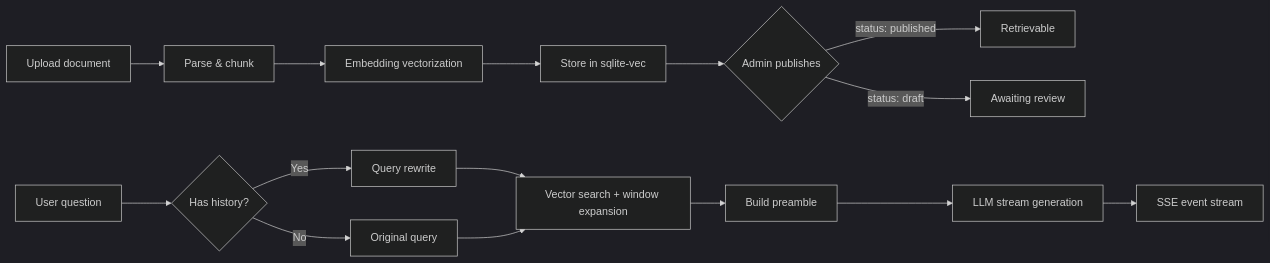
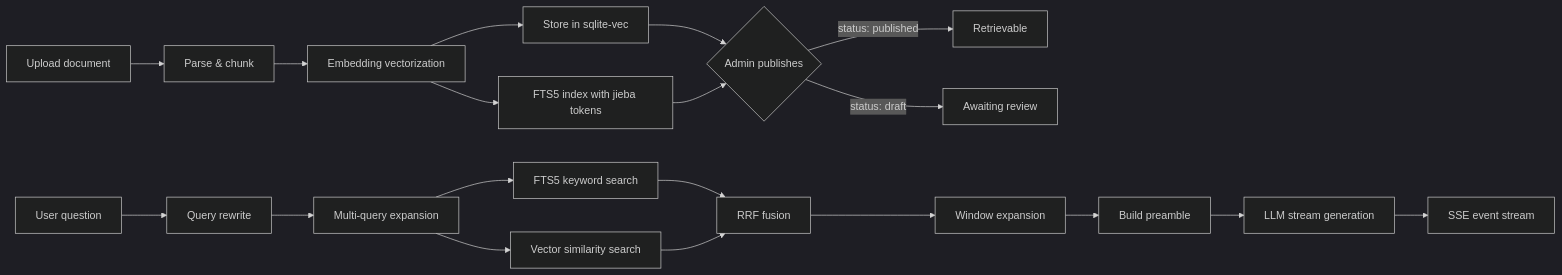
One commit to timzaak/rwiki changed the diagram in docs-web/content/docs/architecture.mdx. Above: the diagram before and after it, drawn with Mermaid (dark theme). The commit also changed other lines of this file and 3 other files, not shown here.

Commit message:
docs: update architecture docs for hybrid FTS5+vector search with RRF fusion and mark static_dir optional

````diff
--- a/docs-web/content/docs/architecture.mdx
+++ b/docs-web/content/docs/architecture.mdx
@@ -22,18 +22,22 @@
 ```mermaid
 flowchart LR
     A[Upload document] --> B[Parse & chunk]
     B --> C[Embedding vectorization]
     C --> D[Store in sqlite-vec]
-    D --> E{Admin publishes}
-    E -->|status: published| F[Retrievable]
-    E -->|status: draft| G[Awaiting review]
+    C --> E[FTS5 index with jieba tokens]
+    D --> F{Admin publishes}
+    E --> F
+    F -->|status: published| G[Retrievable]
+    F -->|status: draft| H[Awaiting review]
 
-    H[User question] --> I{Has history?}
-    I -->|Yes| J[Query rewrite]
-    I -->|No| K[Original query]
-    J --> L[Vector search + window expansion]
-    K --> L
-    L --> M[Build preamble]
-    M --> N[LLM stream generation]
-    N --> O[SSE event stream]
+    I[User question] --> J[Query rewrite]
+    J --> K[Multi-query expansion]
+    K --> L1[FTS5 keyword search]
+    K --> L2[Vector similarity search]
+    L1 --> M[RRF fusion]
+    L2 --> M
+    M --> N[Window expansion]
+    N --> O[Build preamble]
+    O --> P[LLM stream generation]
+    P --> Q[SSE event stream]
 ```
````
